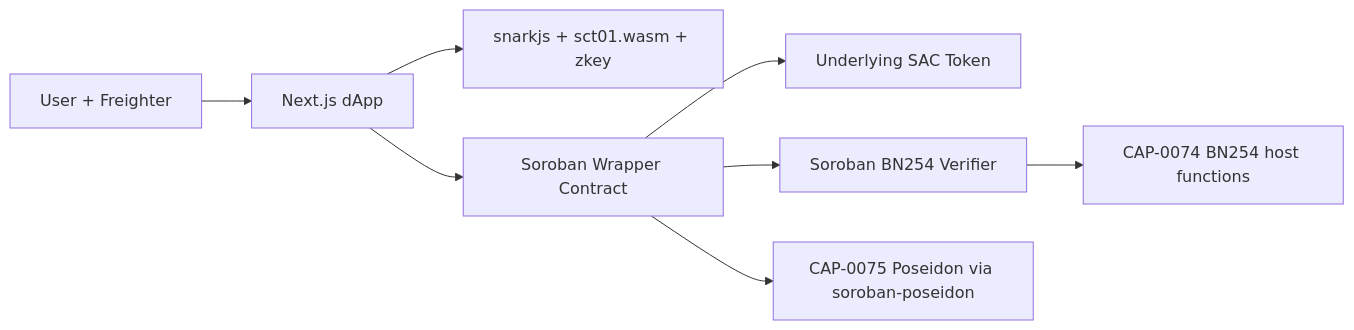
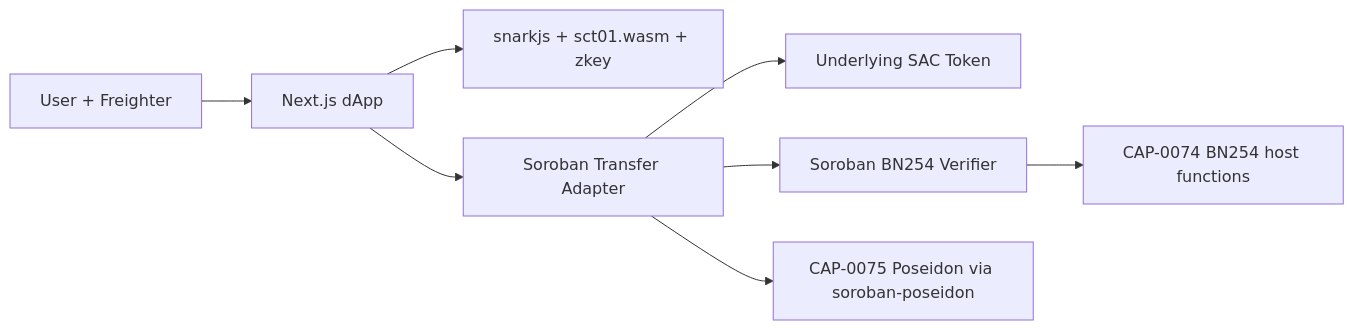
Before and after one commit to ikemHood/cstellar: the diagram in CODEBASE_GUIDE.md, drawn with Mermaid. The commit also changed other lines of this file and 12 other files, not shown here.

````diff
--- a/CODEBASE_GUIDE.md
+++ b/CODEBASE_GUIDE.md
@@ -45,10 +45,10 @@
 ```mermaid
 flowchart LR
   User["User + Freighter"] --> Dapp["Next.js dApp"]
   Dapp --> Proofs["snarkjs + sct01.wasm + zkey"]
-  Dapp --> Wrapper["Soroban Wrapper Contract"]
-  Wrapper --> Asset["Underlying SAC Token"]
-  Wrapper --> Verifier["Soroban BN254 Verifier"]
+  Dapp --> Adapter["Soroban Transfer Adapter"]
+  Adapter --> Asset["Underlying SAC Token"]
+  Adapter --> Verifier["Soroban BN254 Verifier"]
   Verifier --> BN254["CAP-0074 BN254 host functions"]
-  Wrapper --> Poseidon["CAP-0075 Poseidon via soroban-poseidon"]
+  Adapter --> Poseidon["CAP-0075 Poseidon via soroban-poseidon"]
 ```
````
